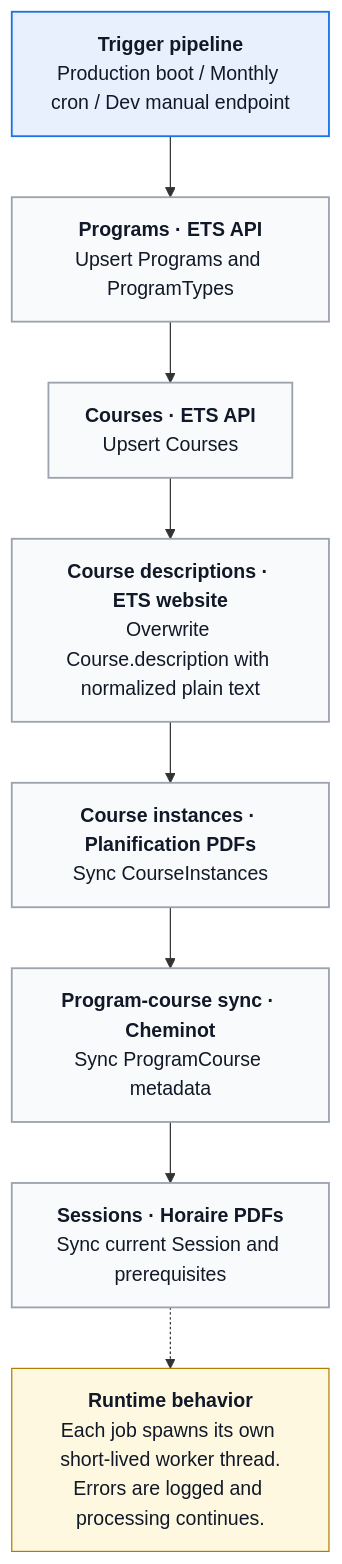
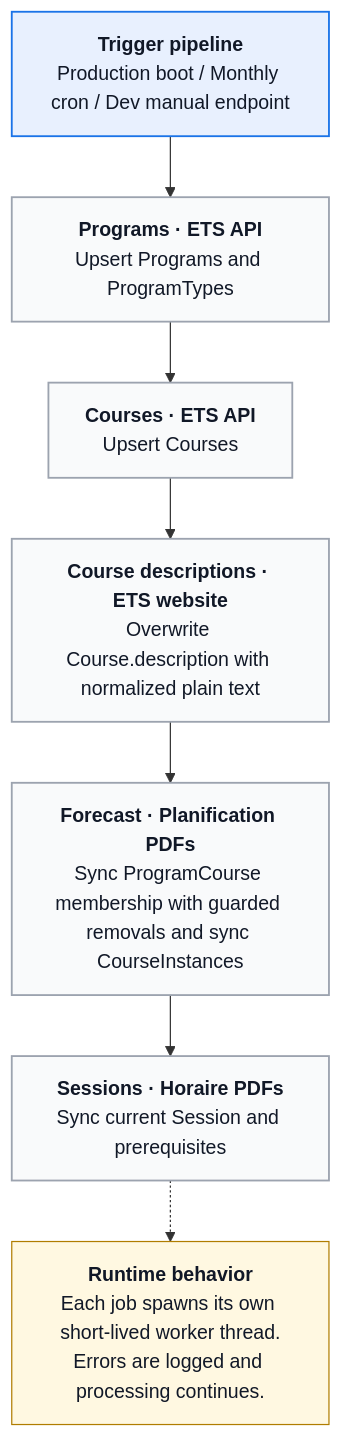
The first of 2 diagrams in docs/jobs/jobs-pipeline.md (ApplETS/planifETS-backend), drawn with Mermaid before and after one commit. The commit also changed other lines of this file and 34 other files, not shown here.

````diff
--- a/docs/jobs/jobs-pipeline.md
+++ b/docs/jobs/jobs-pipeline.md
@@ -33,24 +33,23 @@
 ```mermaid
 flowchart TD
     T["<b>Trigger pipeline</b><br/><span style='color:#6B7280'>Production boot / Monthly cron / Dev manual endpoint</span>"]
 
     P["<b>Programs · ETS API</b><br/><span style='color:#6B7280'>Upsert Programs and ProgramTypes</span>"]
     C["<b>Courses · ETS API</b><br/><span style='color:#6B7280'>Upsert Courses</span>"]
     D["<b>Course descriptions · ETS website</b><br/><span style='color:#6B7280'>Overwrite Course.description with normalized plain text</span>"]
-    I["<b>Course instances · Planification PDFs</b><br/><span style='color:#6B7280'>Sync CourseInstances</span>"]
-    M["<b>Program-course sync · Cheminot</b><br/><span style='color:#6B7280'>Sync ProgramCourse metadata</span>"]
+    I["<b>Forecast · Planification PDFs</b><br/><span style='color:#6B7280'>Sync ProgramCourse membership with guarded removals and sync CourseInstances</span>"]
     S["<b>Sessions · Horaire PDFs</b><br/><span style='color:#6B7280'>Sync current Session and prerequisites</span>"]
 
     N["<b>Runtime behavior</b><br/><span style='color:#6B7280'>Each job spawns its own short-lived worker thread.<br/>Errors are logged and processing continues.</span>"]
 
-    T --> P --> C --> D --> I --> M --> S
+    T --> P --> C --> D --> I --> S
     S -.-> N
 
     classDef trigger fill:#E8F0FE,stroke:#1A73E8,color:#111827,stroke-width:1.5px;
     classDef step fill:#F9FAFB,stroke:#9CA3AF,color:#111827,stroke-width:1.5px;
     classDef note fill:#FFF8E1,stroke:#B07D00,color:#111827,stroke-width:1px;
 
     class T trigger;
-    class P,C,D,I,M,S step;
+    class P,C,D,I,S step;
     class N note;
 ```
````
